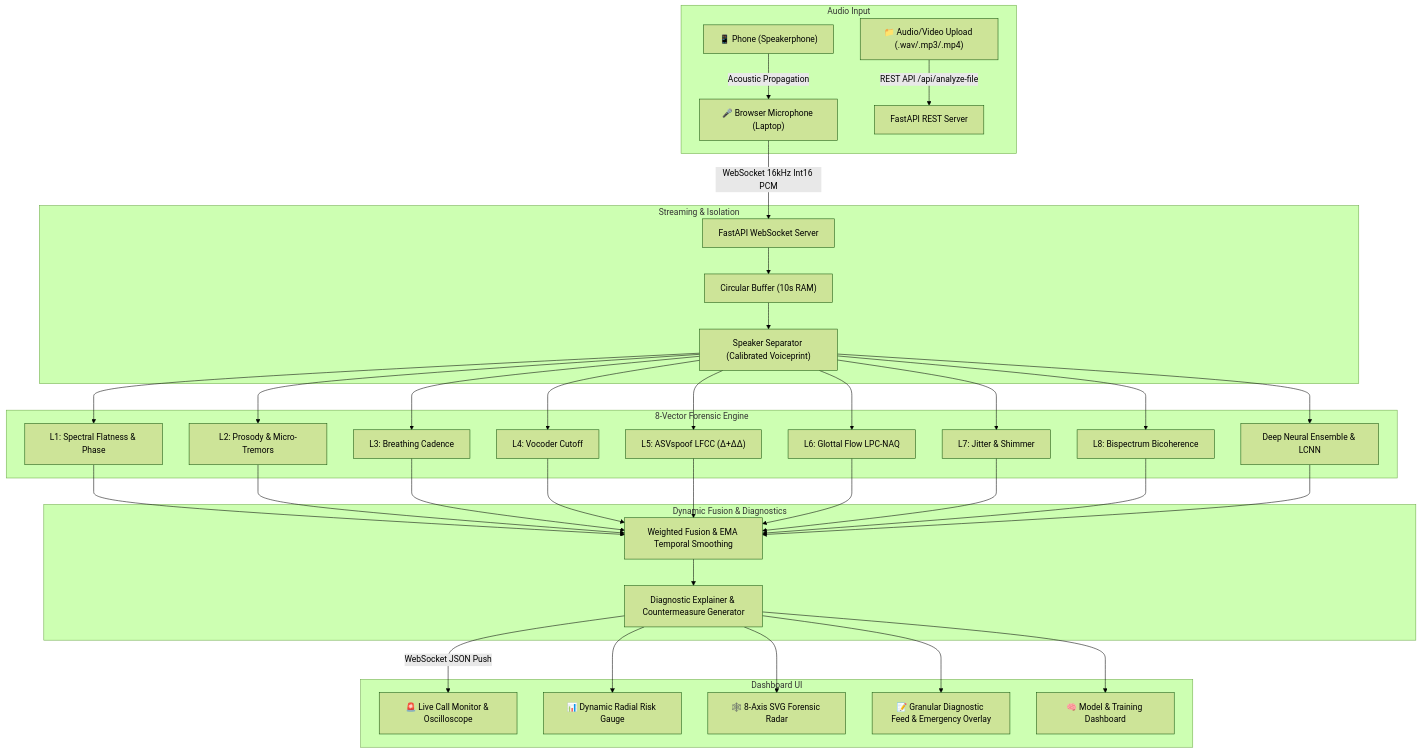
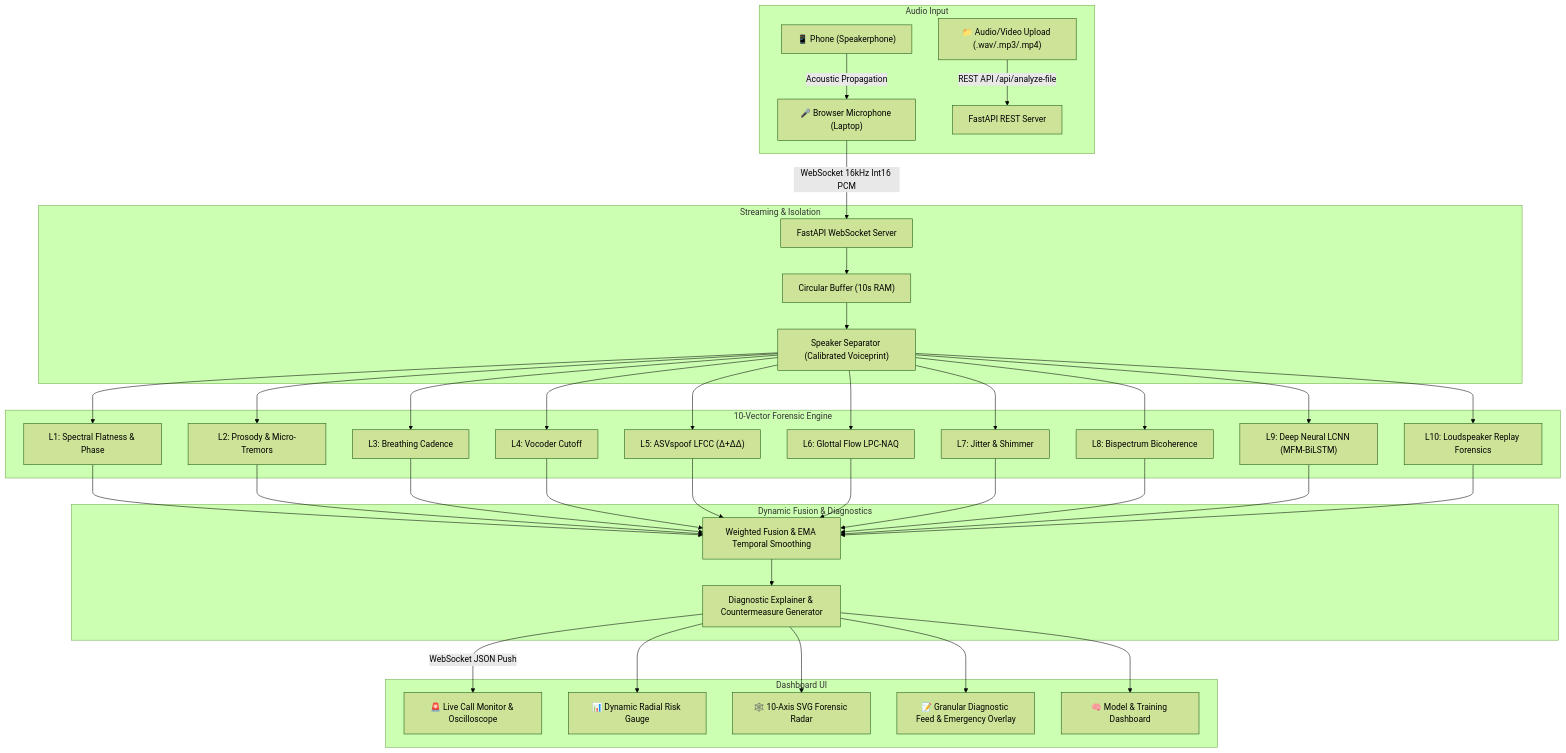
One commit to aditya61139/SIH_2026 changed the diagram in README.md. Above: the diagram before and after it, drawn with Mermaid (forest theme). The commit also changed other lines of this file and 35 other files, not shown here.

Commit message:
feat: integrate 10-vector forensic architecture, replay detection, multilingual profiler, and 3-tier live monitor layout

````diff
--- a/README.md
+++ b/README.md
@@ -36,38 +37,39 @@
 ```mermaid
 graph TB
     subgraph Audio Input
         A["📱 Phone (Speakerphone)"] -->|Acoustic Propagation| B["🎤 Browser Microphone (Laptop)"]
         C["📁 Audio/Video Upload (.wav/.mp3/.mp4)"] -->|REST API /api/analyze-file| D["FastAPI REST Server"]
     end
 
     subgraph Streaming & Isolation
         B -->|WebSocket 16kHz Int16 PCM| E["FastAPI WebSocket Server"]
         E --> F["Circular Buffer (10s RAM)"]
         F --> G["Speaker Separator (Calibrated Voiceprint)"]
     end
 
-    subgraph 8-Vector Forensic Engine
+    subgraph 10-Vector Forensic Engine
         G --> H1["L1: Spectral Flatness & Phase"]
         G --> H2["L2: Prosody & Micro-Tremors"]
         G --> H3["L3: Breathing Cadence"]
         G --> H4["L4: Vocoder Cutoff"]
         G --> H5["L5: ASVspoof LFCC (Δ+ΔΔ)"]
         G --> H6["L6: Glottal Flow LPC-NAQ"]
         G --> H7["L7: Jitter & Shimmer"]
         G --> H8["L8: Bispectrum Bicoherence"]
-        G --> H9["Deep Neural Ensemble & LCNN"]
+        G --> H9["L9: Deep Neural LCNN (MFM-BiLSTM)"]
+        G --> H10["L10: Loudspeaker Replay Forensics"]
     end
 
     subgraph Dynamic Fusion & Diagnostics
-        H1 & H2 & H3 & H4 & H5 & H6 & H7 & H8 & H9 --> I["Weighted Fusion & EMA Temporal Smoothing"]
+        H1 & H2 & H3 & H4 & H5 & H6 & H7 & H8 & H9 & H10 --> I["Weighted Fusion & EMA Temporal Smoothing"]
         I --> J["Diagnostic Explainer & Countermeasure Generator"]
     end
 
     subgraph Dashboard UI
         J -->|WebSocket JSON Push| K["🚨 Live Call Monitor & Oscilloscope"]
         J --> L["📊 Dynamic Radial Risk Gauge"]
-        J --> M["🕸️ 8-Axis SVG Forensic Radar"]
+        J --> M["🕸️ 10-Axis SVG Forensic Radar"]
         J --> N["📝 Granular Diagnostic Feed & Emergency Overlay"]
         J --> O["🧠 Model & Training Dashboard"]
     end
 ```
````
